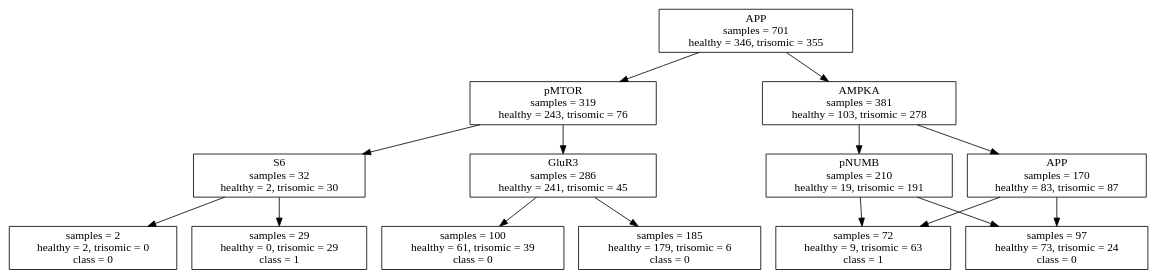
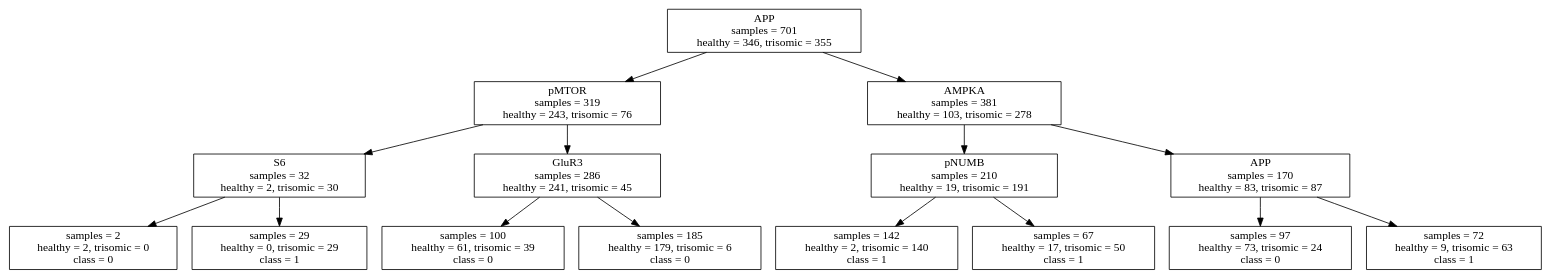
One commit to chapmacl/TDIDT-Decision-Tree changed the diagram in Graphviz2.38/bin/tree2.dot. Above: the diagram before and after it, drawn with Graphviz. The commit also changed 4 other files, not shown here.

```diff
--- a/Graphviz2.38/bin/tree2.dot
+++ b/Graphviz2.38/bin/tree2.dot
@@ -1,76 +1,76 @@
 digraph {
 	node [shape=box]
 	APP_701 [label="APP 
  samples = 701 
  healthy = 346, trisomic = 355"]
 	node [shape=box]
 	pMTOR_319 [label="pMTOR 
  samples = 319 
  healthy = 243, trisomic = 76"]
 	APP_701 -> pMTOR_319
 	node [shape=box]
 	S6_32 [label="S6 
  samples = 32 
  healthy = 2, trisomic = 30"]
 	pMTOR_319 -> S6_32
 	node [shape=box]
-	leaff [label=" samples = 2 
+	leafm [label=" samples = 2 
  healthy = 2, trisomic = 0 
  class = 0"]
-	S6_32 -> leaff
+	S6_32 -> leafm
 	node [shape=box]
-	leaft [label=" samples = 29 
+	leafs [label=" samples = 29 
  healthy = 0, trisomic = 29 
  class = 1"]
-	S6_32 -> leaft
+	S6_32 -> leafs
 	node [shape=box]
 	GluR3_286 [label="GluR3 
  samples = 286 
  healthy = 241, trisomic = 45"]
 	pMTOR_319 -> GluR3_286
 	node [shape=box]
-	leaf5 [label=" samples = 100 
+	leafy [label=" samples = 100 
  healthy = 61, trisomic = 39 
  class = 0"]
-	GluR3_286 -> leaf5
+	GluR3_286 -> leafy
 	node [shape=box]
 	leaf0 [label=" samples = 185 
  healthy = 179, trisomic = 6 
  class = 0"]
 	GluR3_286 -> leaf0
 	node [shape=box]
 	AMPKA_381 [label="AMPKA 
  samples = 381 
  healthy = 103, trisomic = 278"]
 	APP_701 -> AMPKA_381
 	node [shape=box]
 	pNUMB_210 [label="pNUMB 
  samples = 210 
  healthy = 19, trisomic = 191"]
 	AMPKA_381 -> pNUMB_210
 	node [shape=box]
-	leafk [label=" samples = 142 
+	leafo [label=" samples = 142 
  healthy = 2, trisomic = 140 
  class = 1"]
-	pNUMB_210 -> leafk
+	pNUMB_210 -> leafo
 	node [shape=box]
-	leafi [label=" samples = 67 
+	leafb [label=" samples = 67 
  healthy = 17, trisomic = 50 
  class = 1"]
-	pNUMB_210 -> leafi
+	pNUMB_210 -> leafb
 	node [shape=box]
 	APP_170 [label="APP 
  samples = 170 
  healthy = 83, trisomic = 87"]
 	AMPKA_381 -> APP_170
 	node [shape=box]
-	leafi [label=" samples = 97 
+	leaf7 [label=" samples = 97 
  healthy = 73, trisomic = 24 
  class = 0"]
-	APP_170 -> leafi
+	APP_170 -> leaf7
 	node [shape=box]
-	leafk [label=" samples = 72 
+	leafj [label=" samples = 72 
  healthy = 9, trisomic = 63 
  class = 1"]
-	APP_170 -> leafk
+	APP_170 -> leafj
 }
```
